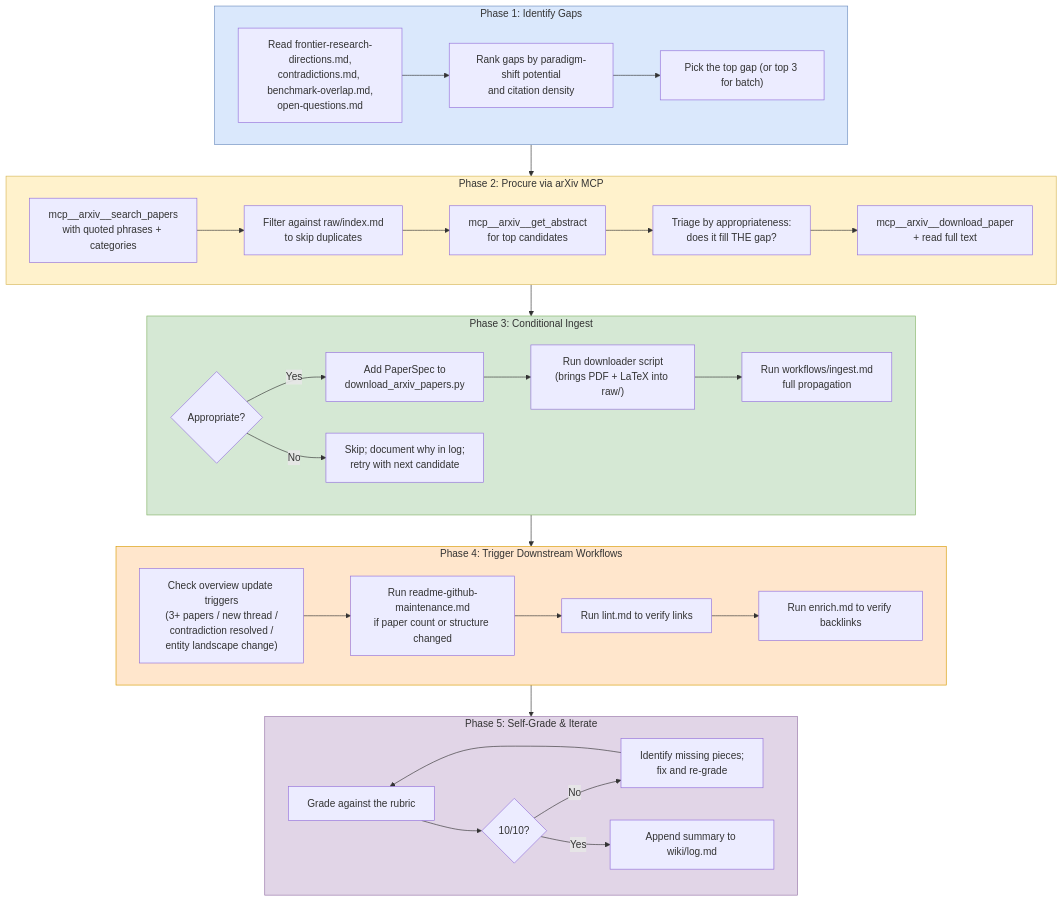
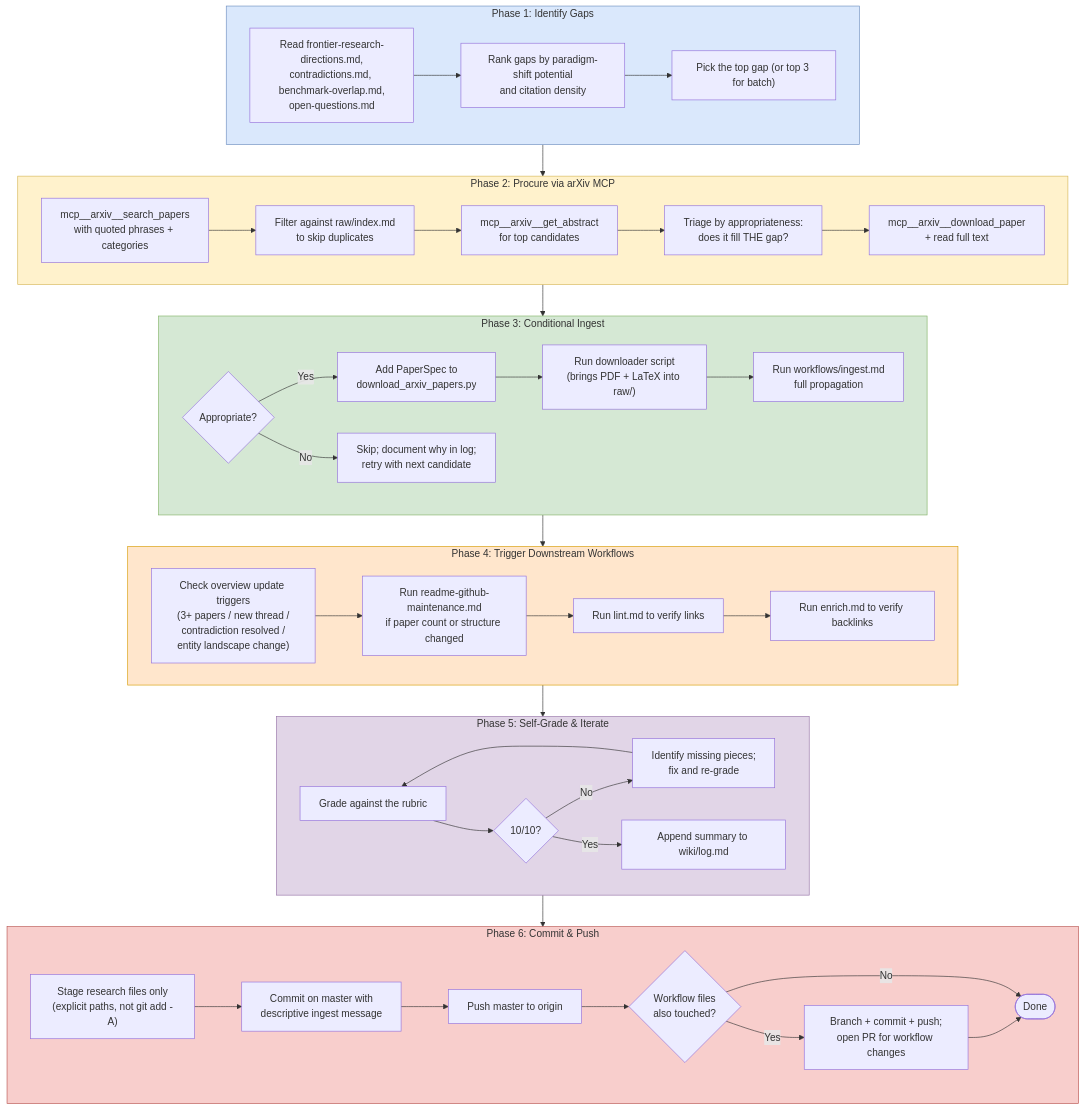
Before and after one commit to CompleteTech-LLC-AI-Research/beyond-the-token-bottleneck: the diagram in workflows/gap-analysis.md, drawn with Mermaid. The commit also changed other lines of this file and 2 other files, not shown here.

First line of the commit message:
Workflow improvements: per-direction analysis review, count-drift sweep, checklist sync, commit/PR discipline

````diff
--- a/workflows/gap-analysis.md
+++ b/workflows/gap-analysis.md
@@ -3,54 +3,67 @@
 ```mermaid
 graph TD
     subgraph P1["Phase 1: Identify Gaps"]
         A1["Read frontier-research-directions.md,<br/>contradictions.md, benchmark-overlap.md,<br/>open-questions.md"]
         A2["Rank gaps by paradigm-shift potential<br/>and citation density"]
         A3["Pick the top gap (or top 3 for batch)"]
         A1 --> A2 --> A3
     end
 
     subgraph P2["Phase 2: Procure via arXiv MCP"]
         B1["mcp__arxiv__search_papers<br/>with quoted phrases + categories"]
         B2["Filter against raw/index.md<br/>to skip duplicates"]
         B3["mcp__arxiv__get_abstract<br/>for top candidates"]
         B4["Triage by appropriateness:<br/>does it fill THE gap?"]
         B5["mcp__arxiv__download_paper<br/>+ read full text"]
         B1 --> B2 --> B3 --> B4 --> B5
     end
 
     subgraph P3["Phase 3: Conditional Ingest"]
         C1{"Appropriate?"}
         C2["Add PaperSpec to<br/>download_arxiv_papers.py"]
         C3["Run downloader script<br/>(brings PDF + LaTeX into raw/)"]
         C4["Run workflows/ingest.md<br/>full propagation"]
         C5["Skip; document why in log;<br/>retry with next candidate"]
         C1 -->|Yes| C2 --> C3 --> C4
         C1 -->|No| C5
     end
 
     subgraph P4["Phase 4: Trigger Downstream Workflows"]
         D1["Check overview update triggers<br/>(3+ papers / new thread /<br/>contradiction resolved /<br/>entity landscape change)"]
         D2["Run readme-github-maintenance.md<br/>if paper count or structure changed"]
         D3["Run lint.md to verify links"]
         D4["Run enrich.md to verify backlinks"]
         D1 --> D2 --> D3 --> D4
     end
 
     subgraph P5["Phase 5: Self-Grade & Iterate"]
         E1["Grade against the rubric"]
         E2{"10/10?"}
         E3["Identify missing pieces;<br/>fix and re-grade"]
         E4["Append summary to wiki/log.md"]
         E1 --> E2
         E2 -->|No| E3 --> E1
         E2 -->|Yes| E4
     end
 
-    P1 --> P2 --> P3 --> P4 --> P5
+    subgraph P6["Phase 6: Commit & Push"]
+        F1["Stage research files only<br/>(explicit paths, not git add -A)"]
+        F2["Commit on master with<br/>descriptive ingest message"]
+        F3["Push master to origin"]
+        F4{"Workflow files<br/>also touched?"}
+        F5["Branch + commit + push;<br/>open PR for workflow changes"]
+        F1 --> F2 --> F3 --> F4
+        F4 -->|Yes| F5
+        F4 -->|No| Done([Done])
+        F5 --> Done
+    end
+
+    P1 --> P2 --> P3 --> P4 --> P5 --> P6
 
     style P1 fill:#dae8fc,stroke:#6c8ebf
     style P2 fill:#fff2cc,stroke:#d6b656
     style P3 fill:#d5e8d4,stroke:#82b366
     style P4 fill:#ffe6cc,stroke:#d79b00
     style P5 fill:#e1d5e7,stroke:#9673a6
+    style P6 fill:#f8cecc,stroke:#b85450
 ```
````
